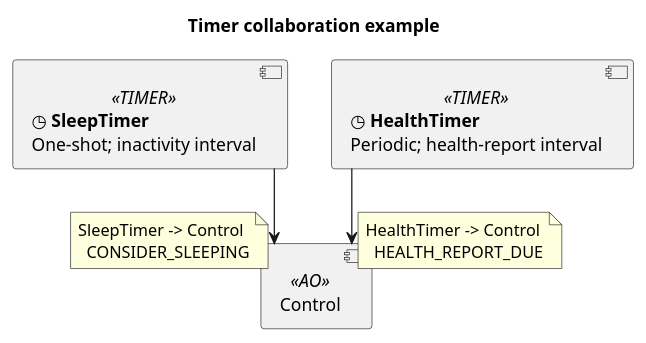
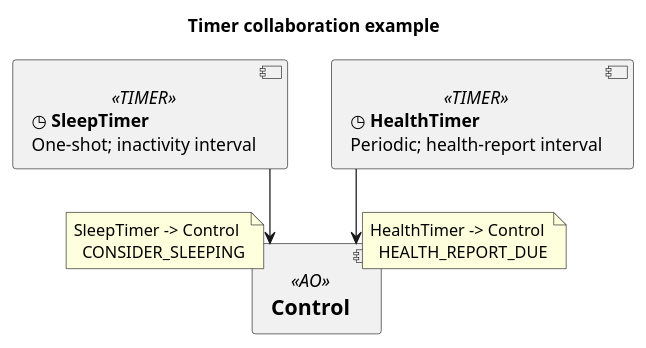
Before and after one commit to smr547/collab: the diagram in examples/timers.puml, drawn with PlantUML.

Commit message:
style: emphasize AO labels in collaboration diagrams

```diff
--- a/examples/timers.puml
+++ b/examples/timers.puml
@@ -1,24 +1,24 @@
 @startuml
 ' GENERATED from timers.collab; do not edit by hand.
 title Timer collaboration example
 
 skinparam linetype ortho
 top to bottom direction
 
-component "Control" as Control <<AO>>
+component "<size:17><b>Control</b></size>" as Control <<AO>>
 component "◷ <b>SleepTimer</b>\nOne-shot; inactivity interval" as SleepTimer <<TIMER>>
 component "◷ <b>HealthTimer</b>\nPeriodic; health-report interval" as HealthTimer <<TIMER>>
 
 SleepTimer --> Control
 note on link
   SleepTimer -> Control
     CONSIDER_SLEEPING
 end note
 
 HealthTimer --> Control
 note on link
   HealthTimer -> Control
     HEALTH_REPORT_DUE
 end note
 
 @enduml
```
